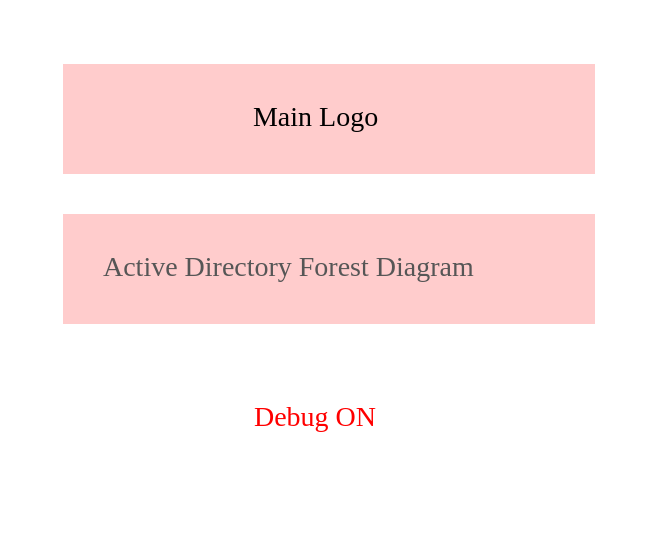
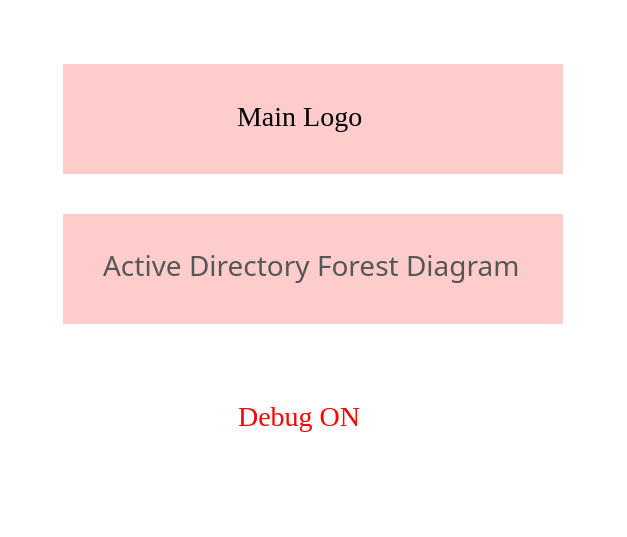
Before and after one commit to rebelinux/Diagrammer.Core: the second of 2 diagrams in Docs/dev-guide/commands/Add-DiaHTMLLabel.md, drawn with Graphviz. The commit also changed other lines of this file and 75 other files, not shown here.

First line of the commit message:
Refactor font properties in tests and Graphviz source files

````diff
--- a/Docs/dev-guide/commands/Add-DiaHTMLLabel.md
+++ b/Docs/dev-guide/commands/Add-DiaHTMLLabel.md
@@ -71,6 +71,6 @@
         ```graphviz dot ADDiaHTMLLabel_draftmode.png
             digraph g {
                 node [shape=plain];
-                a [label=<<TABLE border='0' cellborder='0' cellspacing='20' cellpadding='20'><TR><TD bgcolor='#FFCCCC' ALIGN='center' colspan='1'>Main Logo</TD></TR><TR><TD bgcolor='#FFCCCC' ALIGN='center' ><FONT FACE='Segoe Ui Black' Color='#565656' POINT-SIZE='14'>Active Directory Forest Diagram</FONT></TD></TR><TR><TD ALIGN='center'><font color='red'>Debug ON</font></TD></TR></TABLE>>];
+                a [label=<<TABLE border='0' cellborder='0' cellspacing='20' cellpadding='20'><TR><TD bgcolor='#FFCCCC' ALIGN='center' colspan='1'>Main Logo</TD></TR><TR><TD bgcolor='#FFCCCC' ALIGN='center' ><FONT FACE='Segoe Ui' Color='#565656' POINT-SIZE='14'>Active Directory Forest Diagram</FONT></TD></TR><TR><TD ALIGN='center'><font color='red'>Debug ON</font></TD></TR></TABLE>>];
             }
         ```
````
